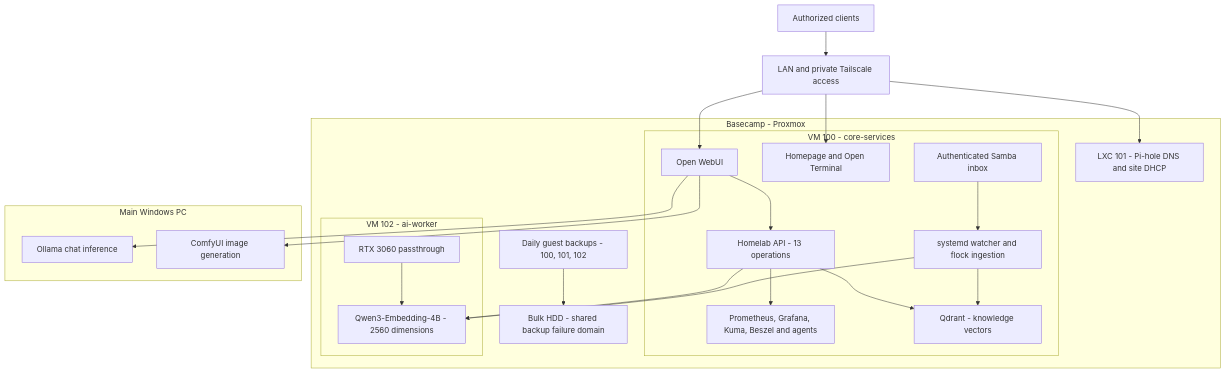
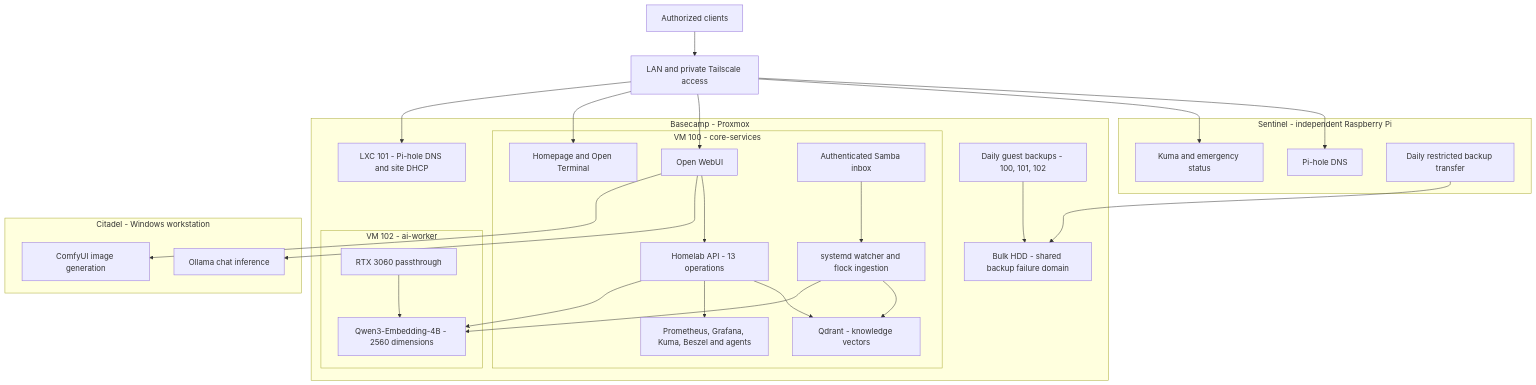
One commit to soonerbear22-ux/basecamp-homelab changed the diagram in diagrams/basecamp-architecture.md. Above: the diagram before and after it, drawn with Mermaid. The commit also changed other lines of this file and 19 other files, not shown here.

````diff
--- a/diagrams/basecamp-architecture.md
+++ b/diagrams/basecamp-architecture.md
@@ -7,40 +7,48 @@
 ```mermaid
 flowchart TB
     CLIENT[Authorized clients] --> ACCESS[LAN and private Tailscale access]
     subgraph BASE[Basecamp - Proxmox]
       subgraph CORE[VM 100 - core-services]
         UI[Open WebUI]
         APPS[Homepage and Open Terminal]
         MON[Prometheus, Grafana, Kuma, Beszel and agents]
         API[Homelab API - 13 operations]
         INBOX[Authenticated Samba inbox]
         INGEST[systemd watcher and flock ingestion]
         QDRANT[Qdrant - knowledge vectors]
         INBOX --> INGEST
         INGEST --> QDRANT
         UI --> API
         API --> QDRANT
         API --> MON
       end
       subgraph WORKER[VM 102 - ai-worker]
         GPU[RTX 3060 passthrough]
         TEI[Qwen3-Embedding-4B - 2560 dimensions]
         GPU --> TEI
       end
       DNS[LXC 101 - Pi-hole DNS and site DHCP]
       BACKUP[Daily guest backups - 100, 101, 102]
       DISK[Bulk HDD - shared backup failure domain]
       BACKUP --> DISK
     end
-    subgraph PC[Main Windows PC]
+    subgraph PC[Citadel - Windows workstation]
       OLLAMA[Ollama chat inference]
       COMFY[ComfyUI image generation]
     end
+    subgraph SENTINEL[Sentinel - independent Raspberry Pi]
+      SDNS[Pi-hole DNS]
+      SMON[Kuma and emergency status]
+      SBACKUP[Daily restricted backup transfer]
+    end
+    ACCESS --> SDNS
+    ACCESS --> SMON
+    SBACKUP --> DISK
     ACCESS --> UI
     ACCESS --> APPS
     ACCESS --> DNS
     UI --> OLLAMA
     UI --> COMFY
     INGEST --> TEI
     API --> TEI
 ```
````
